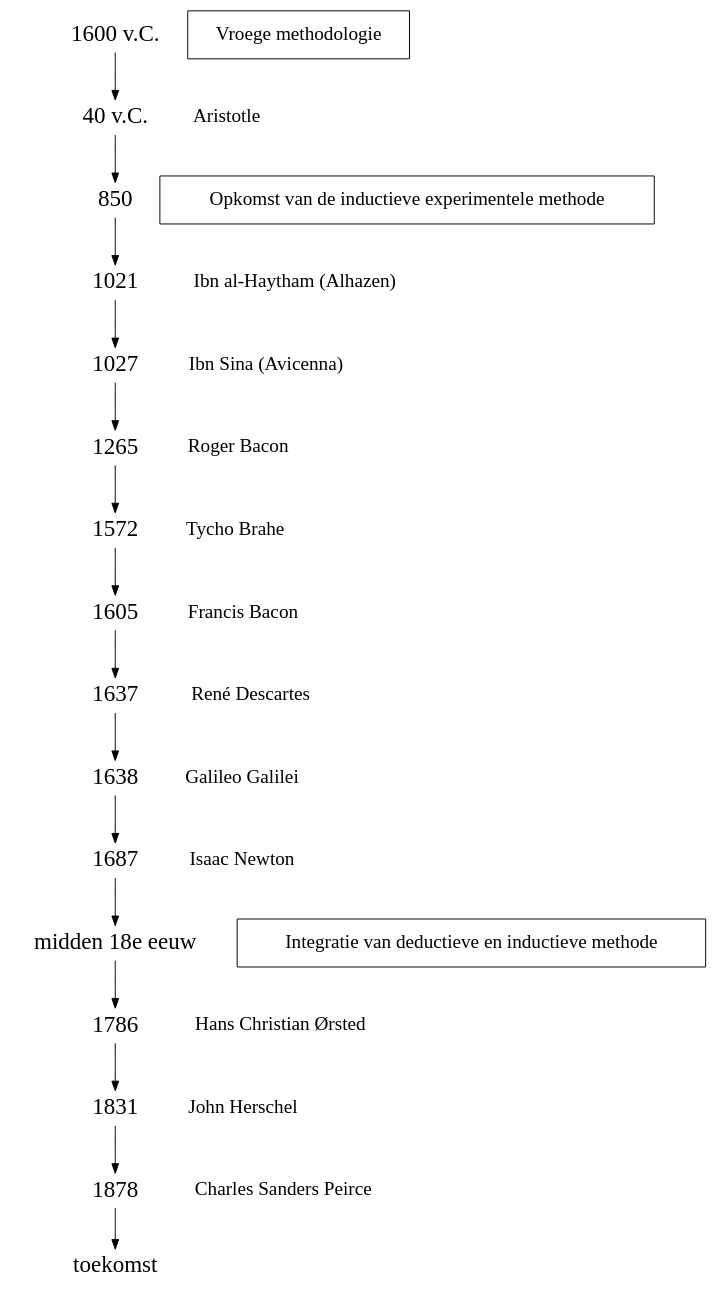
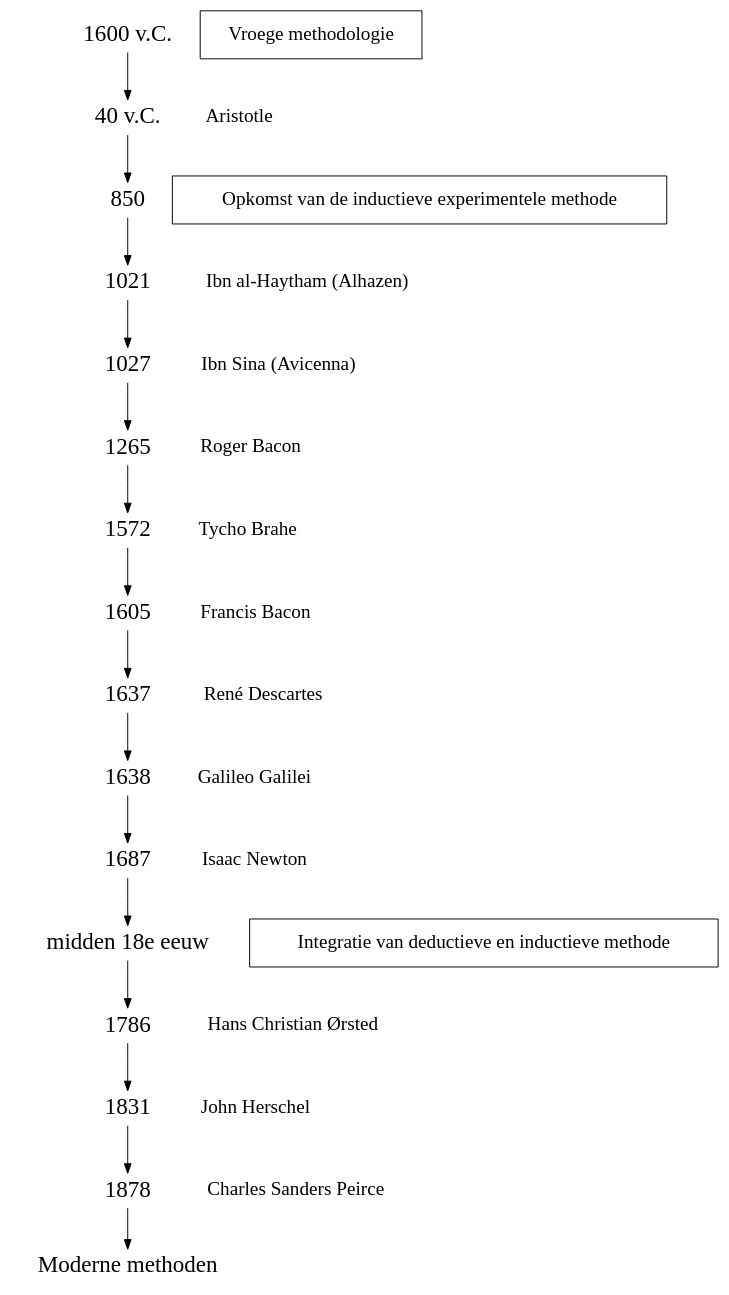
Before and after one commit to psmsmets/WetenschappelijkeMethodiek: the third of 3 diagrams in wetenschappelijke-methode.qmd, drawn with Graphviz. The commit also changed other lines of this file and 12 other files, not shown here.

````diff
--- a/wetenschappelijke-methode.qmd
+++ b/wetenschappelijke-methode.qmd
@@ -106,43 +207,43 @@
 ```{dot}
 digraph shells {
     node [fontsize=24, shape = plaintext, fontname = "Source Sans Pro"];
 
     -1600 [ label = "1600 v.C."];
     -40 [ label = "40 v.C."];
     1750 [ label = "midden 18e eeuw"];
-    future [ label = "toekomst"];
+    future [ label = "Moderne methoden"];
 
     -1600 -> -40;
     -40 -> 850;
     850 -> 1021;
     1021 -> 1027;
     1027 -> 1265;
     1265 -> 1572;
     1572 -> 1605;
     1605 -> 1637;
     1637 -> 1638;
     1638 -> 1687;
     1687 -> 1750;
     1750 -> 1786;
     1786 -> 1831;
     1831 -> 1878;
     1878 -> future;
 
     node [fontsize=20, fontname = "Source Sans Pro", margin=.2];
     { rank=same;  -1600 "Vroege methodologie" [shape = box]; }
     { rank=same;  850 "Opkomst van de inductieve experimentele methode" [shape = box]; }
     { rank=same;  1750 "Integratie van deductieve en inductieve methode" [shape = box]; }
     { rank=same;  -40 "Aristotle"; } // empiricism
     { rank=same;  1021 "Ibn al-Haytham (Alhazen)"; } // Arabische natuurkundige, Book of Optics
     { rank=same;  1027 "Ibn Sina (Avicenna)"; }
     { rank=same;  1265 "Roger Bacon"; }
     { rank=same;  1572 "Tycho Brahe"; }
     { rank=same;  1605 "Francis Bacon"; }
     { rank=same;  1637 "René Descartes"; }
     { rank=same;  1638 "Galileo Galilei"; }
     { rank=same;  1687 "Isaac Newton"; }
     { rank=same;  1786 "Hans Christian Ørsted"; }
     { rank=same;  1831 "John Herschel"; }
     { rank=same;  1878 "Charles Sanders Peirce"; }
 }
 ```
````
